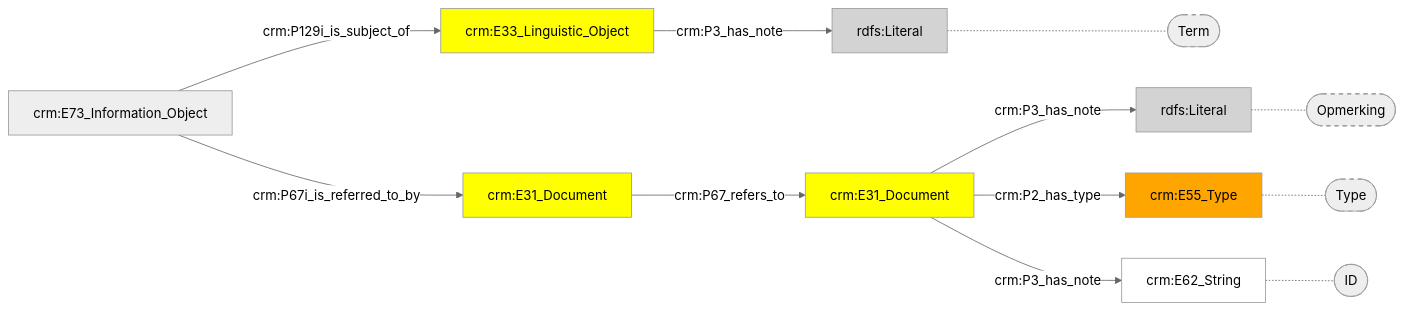
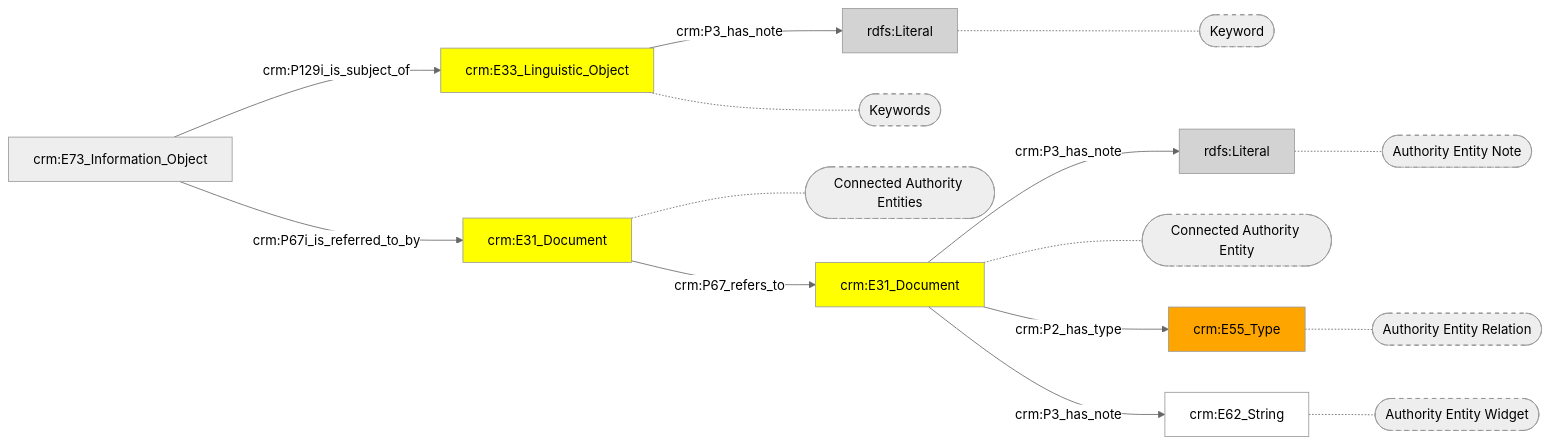
Before and after one commit to digipolisantwerpdocumentation/antwerp-cultureel-erfgoed: the diagram in docs/content/modellen/ArchiefItemImmaterieel/Verwijzingen.md, drawn with Mermaid (neutral theme). The commit also changed 167 other files, not shown here.

````diff
--- a/docs/content/modellen/ArchiefItemImmaterieel/Verwijzingen.md
+++ b/docs/content/modellen/ArchiefItemImmaterieel/Verwijzingen.md
@@ -1,25 +1,31 @@
 ```mermaid
 graph LR
 2f625068-a5fe-11ec-b19f-9cf387da2c40["crm:E33_Linguistic_Object"]-->|"crm:P3_has_note"|2f6366e2-a5fe-11ec-b19f-9cf387da2c40(rdfs:Literal)
 2f636b1a-a5fe-11ec-b19f-9cf387da2c40["crm:E31_Document"]-->|"crm:P3_has_note"|2f636444-a5fe-11ec-b19f-9cf387da2c40(rdfs:Literal)
-2f6366e2-a5fe-11ec-b19f-9cf387da2c40["rdfs:Literal"]-.-2f6366e2-a5fe-11ec-b19f-9cf387da2c40_s(["Term"])
-2f636a48-a5fe-11ec-b19f-9cf387da2c40["crm:E55_Type"]-.-2f636a48-a5fe-11ec-b19f-9cf387da2c40_s(["Type"])
-2f636444-a5fe-11ec-b19f-9cf387da2c40["rdfs:Literal"]-.-2f636444-a5fe-11ec-b19f-9cf387da2c40_s(["Opmerking"])
-2f636502-a5fe-11ec-b19f-9cf387da2c40["crm:E62_String"]-.-2f636502-a5fe-11ec-b19f-9cf387da2c40_s(["ID"])
-style 2f6366e2-a5fe-11ec-b19f-9cf387da2c40_s stroke-dasharray: 5
-style 2f636a48-a5fe-11ec-b19f-9cf387da2c40_s stroke-dasharray: 5
-style 2f636444-a5fe-11ec-b19f-9cf387da2c40_s stroke-dasharray: 5
-style 2f636502-a5fe-11ec-b19f-9cf387da2c40_s stroke-dasharray: 5
+2f636b1a-a5fe-11ec-b19f-9cf387da2c40["crm:E31_Document"]-.-2f636b1a-a5fe-11ec-b19f-9cf387da2c40_s(["Connected Authority Entity"])
+2f6366e2-a5fe-11ec-b19f-9cf387da2c40["rdfs:Literal"]-.-2f6366e2-a5fe-11ec-b19f-9cf387da2c40_s(["Keyword"])
+2f636a48-a5fe-11ec-b19f-9cf387da2c40["crm:E55_Type"]-.-2f636a48-a5fe-11ec-b19f-9cf387da2c40_s(["Authority Entity Relation"])
+2f636444-a5fe-11ec-b19f-9cf387da2c40["rdfs:Literal"]-.-2f636444-a5fe-11ec-b19f-9cf387da2c40_s(["Authority Entity Note"])
+2f636502-a5fe-11ec-b19f-9cf387da2c40["crm:E62_String"]-.-2f636502-a5fe-11ec-b19f-9cf387da2c40_s(["Authority Entity Widget"])
+2f625068-a5fe-11ec-b19f-9cf387da2c40["crm:E33_Linguistic_Object"]-.-2f625068-a5fe-11ec-b19f-9cf387da2c40_s(["Keywords"])
+2f62327c-a5fe-11ec-b19f-9cf387da2c40["crm:E31_Document"]-.-2f62327c-a5fe-11ec-b19f-9cf387da2c40_s(["Connected Authority Entities"])
 2f62327c-a5fe-11ec-b19f-9cf387da2c40["crm:E31_Document"]-->|"crm:P67_refers_to"|2f636b1a-a5fe-11ec-b19f-9cf387da2c40["crm:E31_Document"]
 2f636b1a-a5fe-11ec-b19f-9cf387da2c40["crm:E31_Document"]-->|"crm:P2_has_type"|2f636a48-a5fe-11ec-b19f-9cf387da2c40["crm:E55_Type"]
 2f636b1a-a5fe-11ec-b19f-9cf387da2c40["crm:E31_Document"]-->|"crm:P3_has_note"|2f636502-a5fe-11ec-b19f-9cf387da2c40["crm:E62_String"]
 2f63ae40-a5fe-11ec-b19f-9cf387da2c40["crm:E73_Information_Object"]-->|"crm:P129i_is_subject_of"|2f625068-a5fe-11ec-b19f-9cf387da2c40["crm:E33_Linguistic_Object"]
 2f63ae40-a5fe-11ec-b19f-9cf387da2c40["crm:E73_Information_Object"]-->|"crm:P67i_is_referred_to_by"|2f62327c-a5fe-11ec-b19f-9cf387da2c40["crm:E31_Document"]
 style 2f62327c-a5fe-11ec-b19f-9cf387da2c40 fill:#ffff00
 style 2f625068-a5fe-11ec-b19f-9cf387da2c40 fill:#ffff00
 style 2f636444-a5fe-11ec-b19f-9cf387da2c40 fill:#D3D3D3
 style 2f636502-a5fe-11ec-b19f-9cf387da2c40 fill:#ffffff
 style 2f6366e2-a5fe-11ec-b19f-9cf387da2c40 fill:#D3D3D3
 style 2f636a48-a5fe-11ec-b19f-9cf387da2c40 fill:#ffa500
 style 2f636b1a-a5fe-11ec-b19f-9cf387da2c40 fill:#ffff00
+style 2f636b1a-a5fe-11ec-b19f-9cf387da2c40_s stroke-dasharray: 5
+style 2f6366e2-a5fe-11ec-b19f-9cf387da2c40_s stroke-dasharray: 5
+style 2f636a48-a5fe-11ec-b19f-9cf387da2c40_s stroke-dasharray: 5
+style 2f636444-a5fe-11ec-b19f-9cf387da2c40_s stroke-dasharray: 5
+style 2f636502-a5fe-11ec-b19f-9cf387da2c40_s stroke-dasharray: 5
+style 2f625068-a5fe-11ec-b19f-9cf387da2c40_s stroke-dasharray: 5
+style 2f62327c-a5fe-11ec-b19f-9cf387da2c40_s stroke-dasharray: 5
 ```
````
